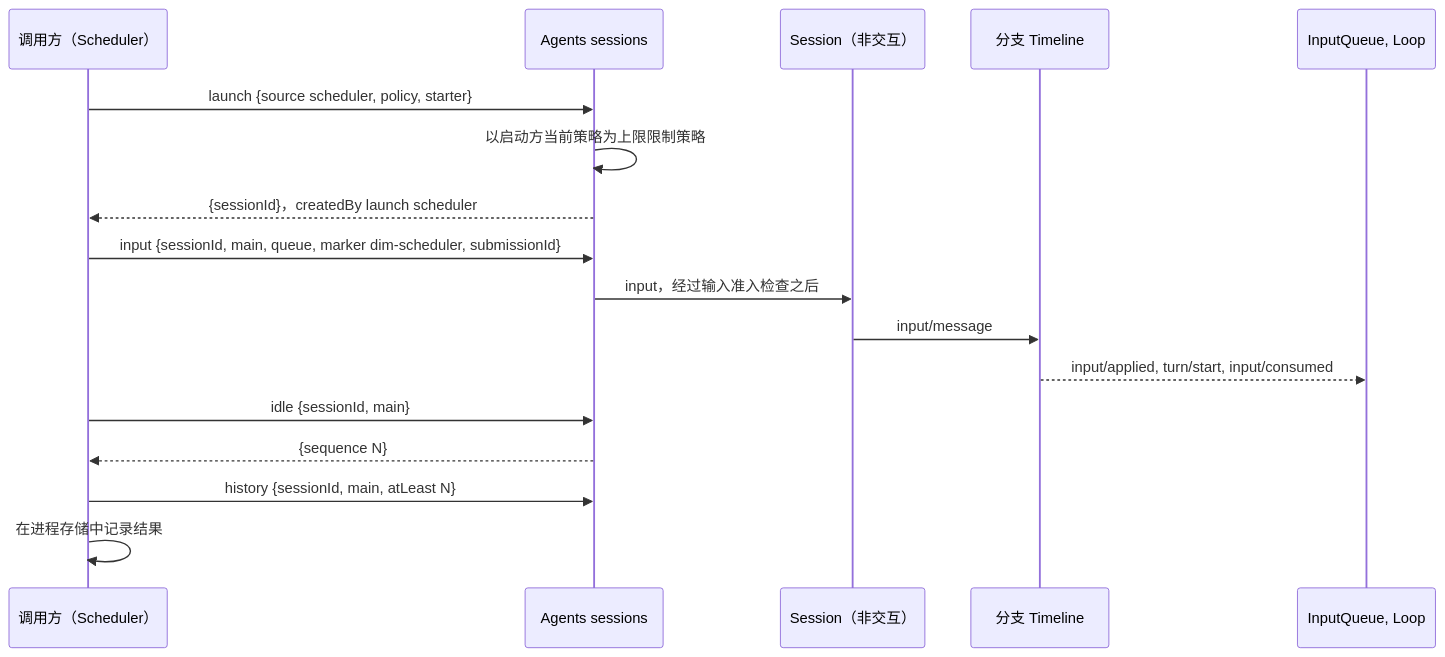
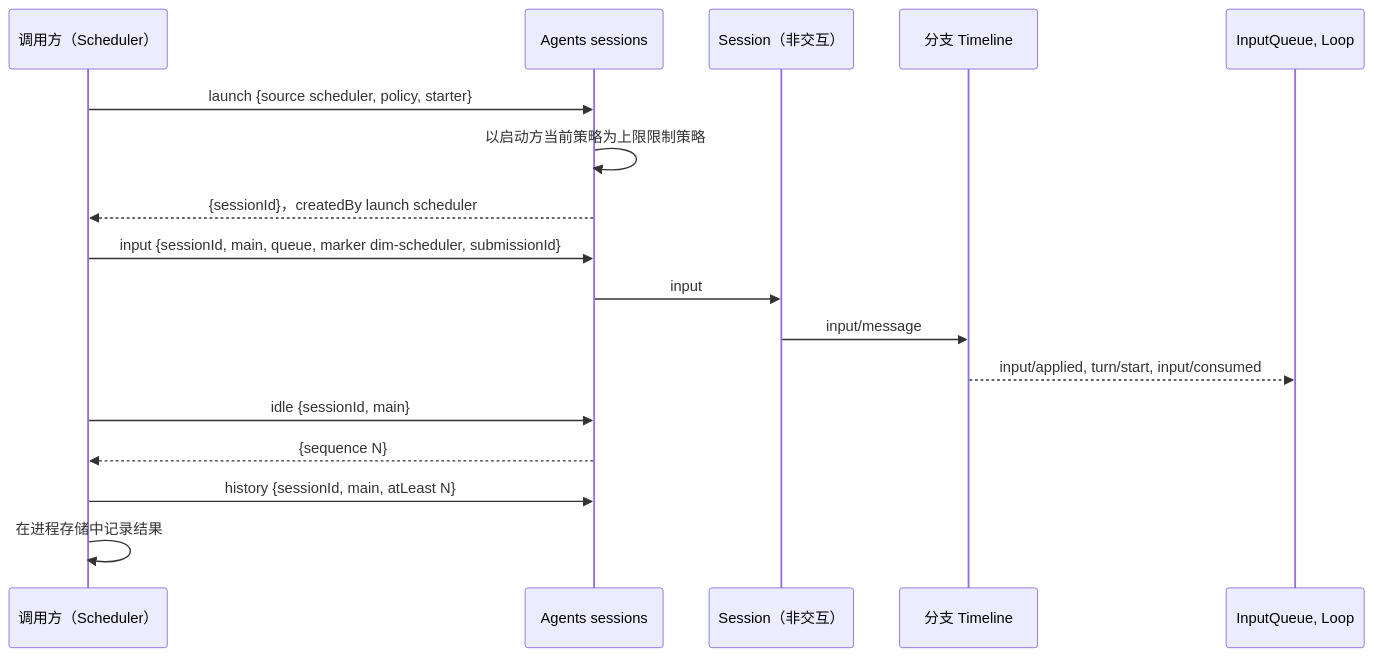
Before and after one commit to CoutinhoTTS/dim-agent: the second of 3 diagrams in docs/zh/design/contracts/session-access.md, drawn with Mermaid. The commit also changed other lines of this file and 18 other files, not shown here.

````diff
--- a/docs/zh/design/contracts/session-access.md
+++ b/docs/zh/design/contracts/session-access.md
@@ -77,19 +77,19 @@
 ```mermaid
 sequenceDiagram
   participant C as 调用方（Scheduler）
   participant AI as Agents sessions
   participant S as Session（非交互）
   participant TL as 分支 Timeline
   participant L as InputQueue, Loop
   C->>AI: launch {source scheduler, policy, starter}
   AI->>AI: 以启动方当前策略为上限限制策略
   AI-->>C: {sessionId}，createdBy launch scheduler
   C->>AI: input {sessionId, main, queue, marker dim-scheduler, submissionId}
-  AI->>S: input，经过输入准入检查之后
+  AI->>S: input
   S->>TL: input/message
   TL-->>L: input/applied, turn/start, input/consumed
   C->>AI: idle {sessionId, main}
   AI-->>C: {sequence N}
   C->>AI: history {sessionId, main, atLeast N}
   C->>C: 在进程存储中记录结果
 ```
````
